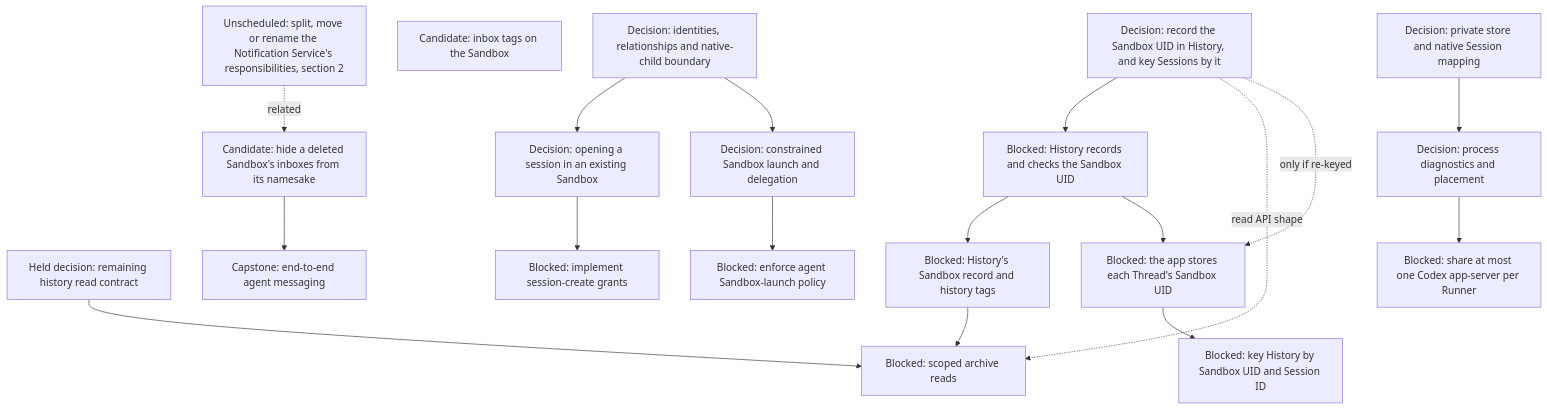
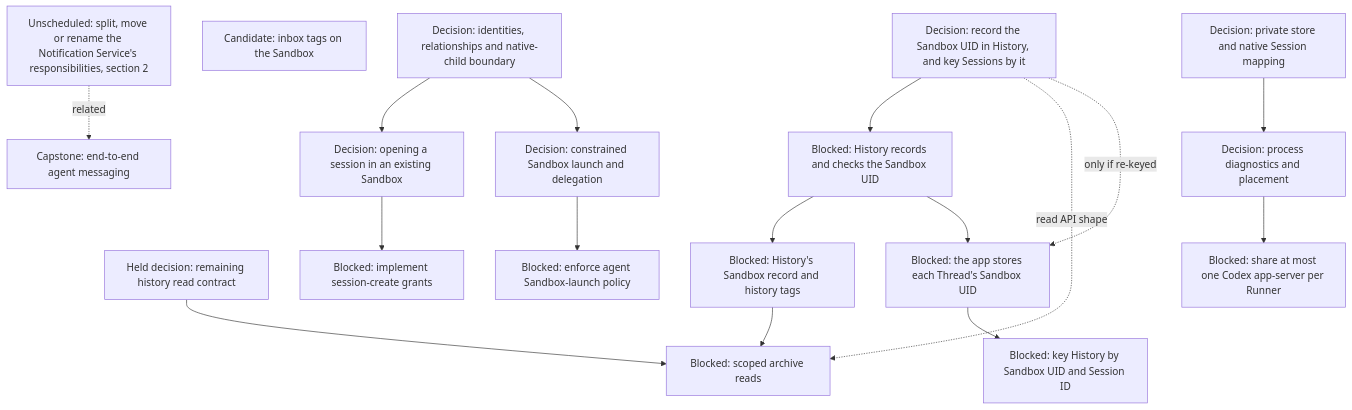
Before and after one commit to agentydragon-agent/ducktape: the fifth of 17 diagrams in agentplane/plans/task_dag.md, drawn with Mermaid. The commit also changed other lines of this file and 28 other files, not shown here.

````diff
--- a/agentplane/plans/task_dag.md
+++ b/agentplane/plans/task_dag.md
@@ -259,36 +259,34 @@
 ```mermaid
 flowchart TD
     MULTIAGENT_MODEL[Decision: identities, relationships and native-child boundary]
     THREAD_READ_POLICY_DESIGN[Held decision: remaining history read contract]
     SANDBOX_INBOX_TAGS[Candidate: inbox tags on the Sandbox]
     HISTORY_SANDBOX_RECORD[Blocked: History's Sandbox record and history tags]
     THREAD_READ_POLICY[Blocked: scoped archive reads]
     HISTORY_SESSION_KEY_DESIGN[Decision: record the Sandbox UID in History, and key Sessions by it]
     HISTORY_SANDBOX_UID[Blocked: History records and checks the Sandbox UID]
     APP_THREAD_SANDBOX_UID[Blocked: the app stores each Thread's Sandbox UID]
     HISTORY_SESSION_REKEY[Blocked: key History by Sandbox UID and Session ID]
-    AGENT_MESSAGE_RECEPTION[Candidate: hide a deleted Sandbox's inboxes from its namesake]
     AGENT_MESSAGING[Capstone: end-to-end agent messaging]
     THREAD_CREATE_POLICY[Decision: opening a session in an existing Sandbox]
     THREAD_CREATE_AUTHORIZATION[Blocked: implement session-create grants]
     AGENT_LAUNCH_POLICY_DESIGN[Decision: constrained Sandbox launch and delegation]
     AGENT_SANDBOX_LAUNCH[Blocked: enforce agent Sandbox-launch policy]
     MULTIAGENT_MODEL --> THREAD_CREATE_POLICY
     MULTIAGENT_MODEL --> AGENT_LAUNCH_POLICY_DESIGN
     THREAD_READ_POLICY_DESIGN --> THREAD_READ_POLICY
     HISTORY_SESSION_KEY_DESIGN --> HISTORY_SANDBOX_UID
     HISTORY_SESSION_KEY_DESIGN -. read API shape .-> THREAD_READ_POLICY
     HISTORY_SESSION_KEY_DESIGN -. only if re-keyed .-> APP_THREAD_SANDBOX_UID
     HISTORY_SANDBOX_UID --> HISTORY_SANDBOX_RECORD
     HISTORY_SANDBOX_RECORD --> THREAD_READ_POLICY
     HISTORY_SANDBOX_UID --> APP_THREAD_SANDBOX_UID
     APP_THREAD_SANDBOX_UID --> HISTORY_SESSION_REKEY
-    NOTIFICATION_SERVICE_SPLIT[Unscheduled: split, move or rename the Notification Service's responsibilities, section 2] -. related .-> AGENT_MESSAGE_RECEPTION
-    AGENT_MESSAGE_RECEPTION --> AGENT_MESSAGING
+    NOTIFICATION_SERVICE_SPLIT[Unscheduled: split, move or rename the Notification Service's responsibilities, section 2] -. related .-> AGENT_MESSAGING
     THREAD_CREATE_POLICY --> THREAD_CREATE_AUTHORIZATION
     AGENT_LAUNCH_POLICY_DESIGN --> AGENT_SANDBOX_LAUNCH
     RUNNER_HARNESS_OBJECTS_DESIGN[Decision: process diagnostics and placement]
     HARNESS_IDENTITY_DESIGN[Decision: private store and native Session mapping]
     HARNESS_IDENTITY_DESIGN --> RUNNER_HARNESS_OBJECTS_DESIGN
     RUNNER_HARNESS_OBJECTS_DESIGN --> RUNNER_CODEX_SHARED_PROCESS[Blocked: share at most one Codex app-server per Runner]
 ```
````
